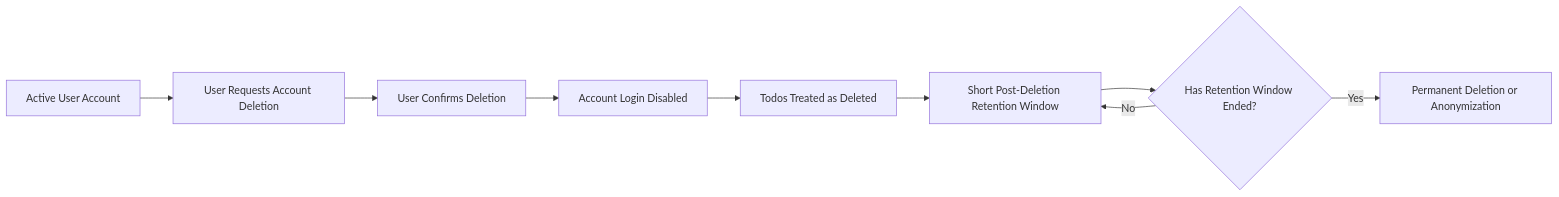
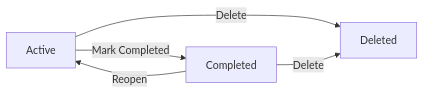
Before and after one commit to wrtnlabs/autobe-examples: the diagram in openai/gpt-5.1/todo/docs/analysis/09-data-lifecycle-and-retention.md, drawn with Mermaid. The commit also changed other lines of this file and 8017 other files, not shown here.

````diff
--- a/openai/gpt-5.1/todo/docs/analysis/09-data-lifecycle-and-retention.md
+++ b/openai/gpt-5.1/todo/docs/analysis/09-data-lifecycle-and-retention.md
@@ -252,11 +112,7 @@
 ```mermaid
 graph LR
-  A["Active User Account"] --> B["User Requests Account Deletion"]
-  B --> C["User Confirms Deletion"]
-  C --> D["Account Login Disabled"]
-  D --> E["Todos Treated as Deleted"]
-  E --> F["Short Post-Deletion Retention Window"]
-  F --> G{"Has Retention Window Ended?"}
-  G -->|"No"| F
-  G -->|"Yes"| H["Permanent Deletion or Anonymization"]
+  A["Active"] -->|"Mark Completed"| B["Completed"]
+  B["Completed"] -->|"Reopen"| A["Active"]
+  A["Active"] -->|"Delete"| C["Deleted"]
+  B["Completed"] -->|"Delete"| C["Deleted"]
 ```
````
